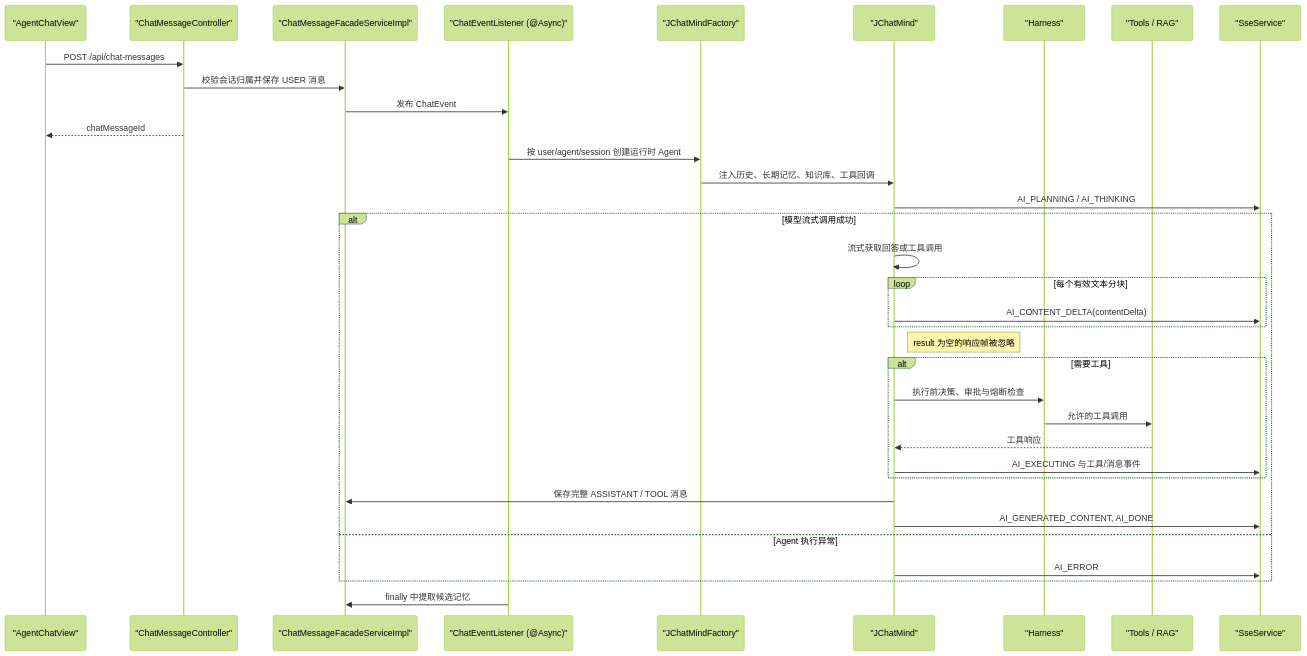
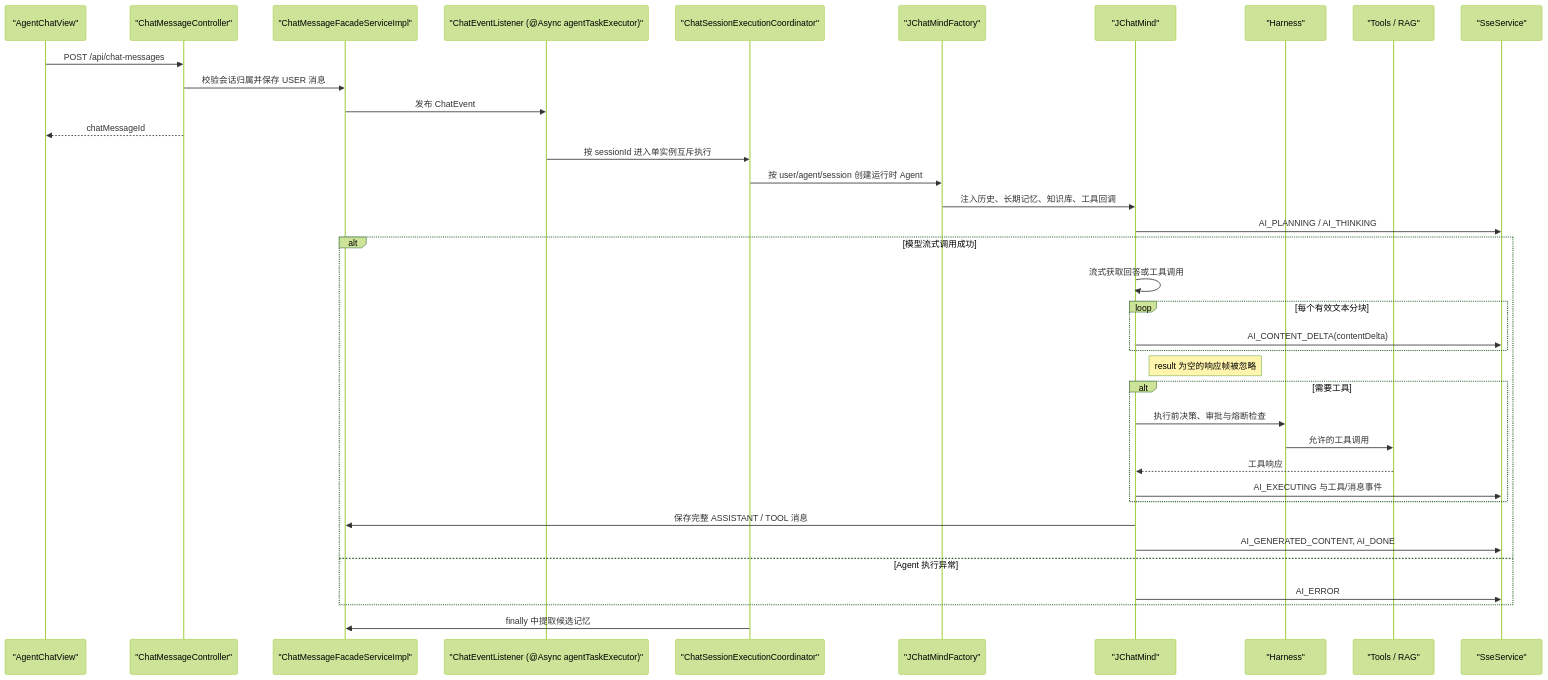
One commit to banxifu986-gif/JchatMind changed the second of 7 diagrams in docs/项目架构与关键链路.md. Above: the diagram before and after it, drawn with Mermaid (forest theme). The commit also changed other lines of this file and 2 other files, not shown here.

Commit message:
docs(agent): 同步 G1-G5 实施边界

````diff
--- a/docs/项目架构与关键链路.md
+++ b/docs/项目架构与关键链路.md
@@ -100,38 +105,40 @@
 ```mermaid
 sequenceDiagram
     participant UI as "AgentChatView"
     participant API as "ChatMessageController"
     participant MSG as "ChatMessageFacadeServiceImpl"
-    participant EVT as "ChatEventListener (@Async)"
+    participant EVT as "ChatEventListener (@Async agentTaskExecutor)"
+    participant Q as "ChatSessionExecutionCoordinator"
     participant F as "JChatMindFactory"
     participant A as "JChatMind"
     participant H as "Harness"
     participant T as "Tools / RAG"
     participant SSE as "SseService"
 
     UI->>API: POST /api/chat-messages
     API->>MSG: 校验会话归属并保存 USER 消息
     MSG->>EVT: 发布 ChatEvent
     API-->>UI: chatMessageId
-    EVT->>F: 按 user/agent/session 创建运行时 Agent
+    EVT->>Q: 按 sessionId 进入单实例互斥执行
+    Q->>F: 按 user/agent/session 创建运行时 Agent
     F->>A: 注入历史、长期记忆、知识库、工具回调
     A->>SSE: AI_PLANNING / AI_THINKING
     alt 模型流式调用成功
         A->>A: 流式获取回答或工具调用
         loop 每个有效文本分块
             A->>SSE: AI_CONTENT_DELTA(contentDelta)
         end
         Note right of A: result 为空的响应帧被忽略
         alt 需要工具
             A->>H: 执行前决策、审批与熔断检查
             H->>T: 允许的工具调用
             T-->>A: 工具响应
             A->>SSE: AI_EXECUTING 与工具/消息事件
         end
         A->>MSG: 保存完整 ASSISTANT / TOOL 消息
         A->>SSE: AI_GENERATED_CONTENT, AI_DONE
     else Agent 执行异常
         A->>SSE: AI_ERROR
     end
-    EVT->>MSG: finally 中提取候选记忆
+    Q->>MSG: finally 中提取候选记忆
 ```
````
